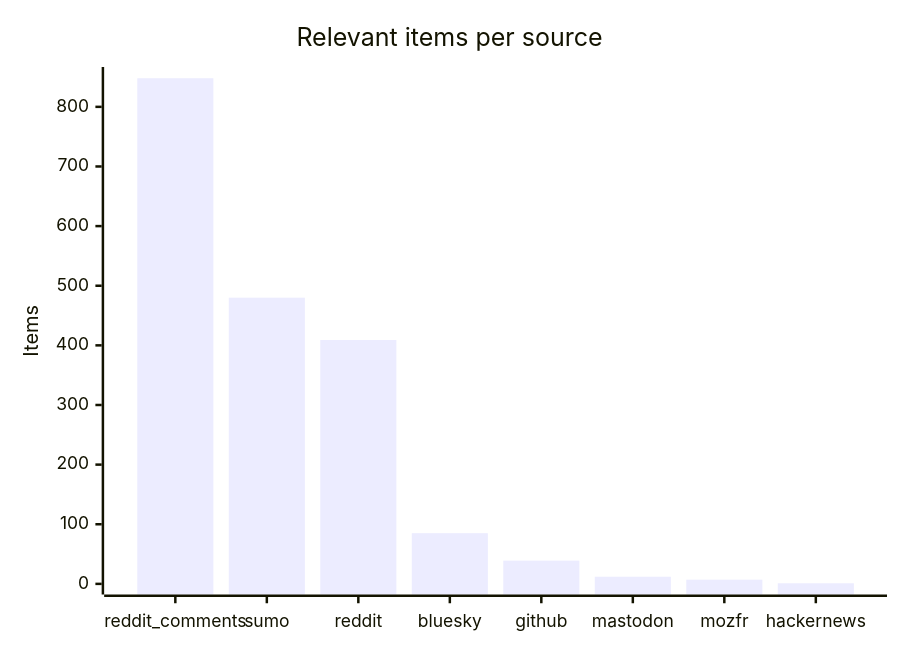
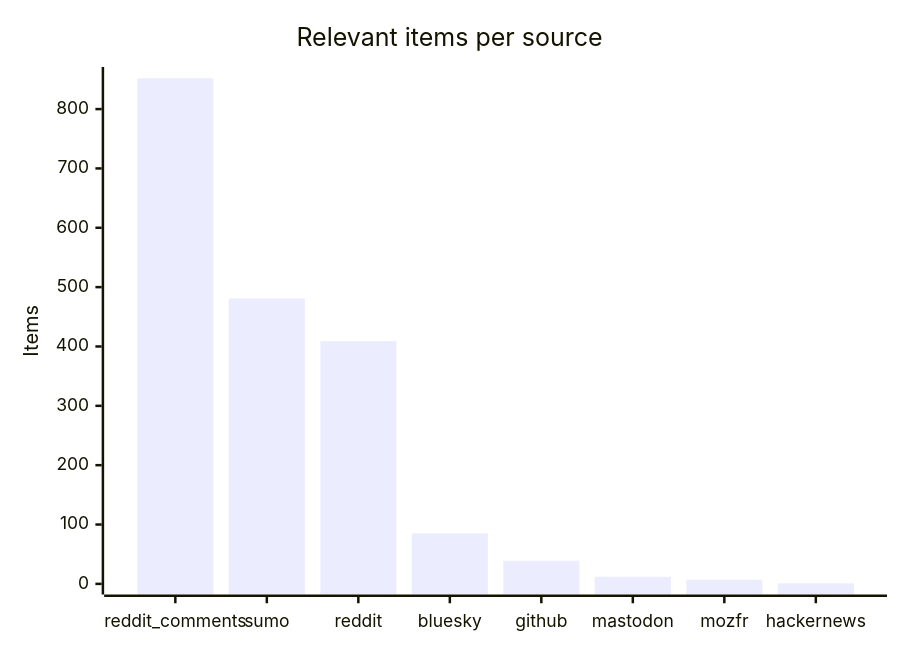
The third of 4 diagrams in README.md (martinbalfanz/social-scanner-reports), drawn with Mermaid before and after one commit. The commit also changed other lines of this file and 4 other files, not shown here.

````diff
--- a/README.md
+++ b/README.md
@@ -48,7 +48,7 @@
 ```mermaid
 xychart-beta
     title "Relevant items per source"
     x-axis ["reddit_comments", "sumo", "reddit", "bluesky", "github", "mastodon", "mozfr", "hackernews"]
-    y-axis "Items" 0 --> 849
-    bar [848, 480, 409, 85, 39, 12, 7, 1]
+    y-axis "Items" 0 --> 853
+    bar [852, 481, 409, 85, 39, 12, 7, 1]
 ```
````
